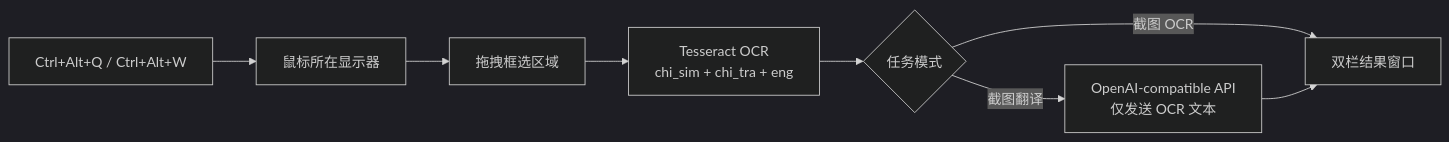
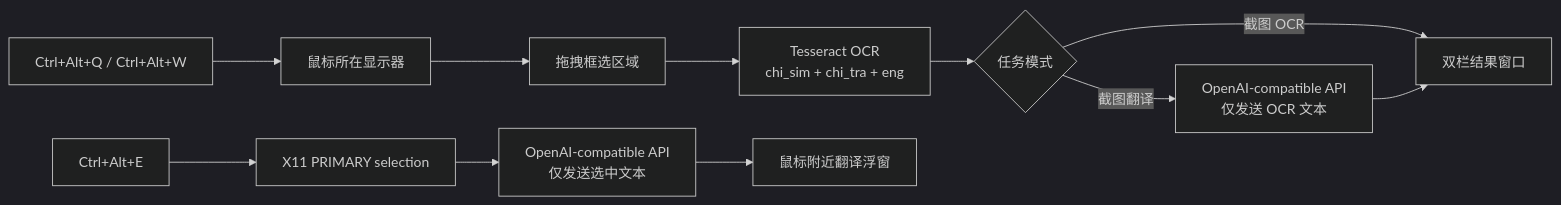
Before and after one commit to SerendipityOne/screenshot_translator: the diagram in README.md, drawn with Mermaid (dark theme). The commit also changed other lines of this file and 9 other files, not shown here.

````diff
--- a/README.md
+++ b/README.md
@@ -32,10 +34,13 @@
 ```mermaid
 flowchart LR
     hotkey["Ctrl+Alt+Q / Ctrl+Alt+W"] --> monitor["鼠标所在显示器"]
     monitor --> select["拖拽框选区域"]
     select --> ocr["Tesseract OCR<br/>chi_sim + chi_tra + eng"]
     ocr --> mode{"任务模式"}
     mode -->|截图 OCR| result["双栏结果窗口"]
     mode -->|截图翻译| api["OpenAI-compatible API<br/>仅发送 OCR 文本"]
     api --> result
+    selection_hotkey["Ctrl+Alt+E"] --> primary["X11 PRIMARY selection"]
+    primary --> selection_api["OpenAI-compatible API<br/>仅发送选中文本"]
+    selection_api --> popup["鼠标附近翻译浮窗"]
 ```
````
